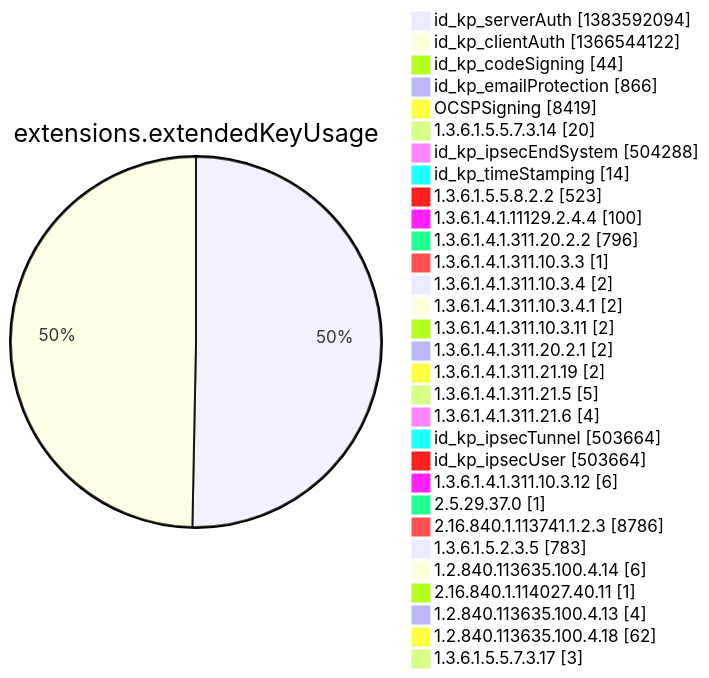
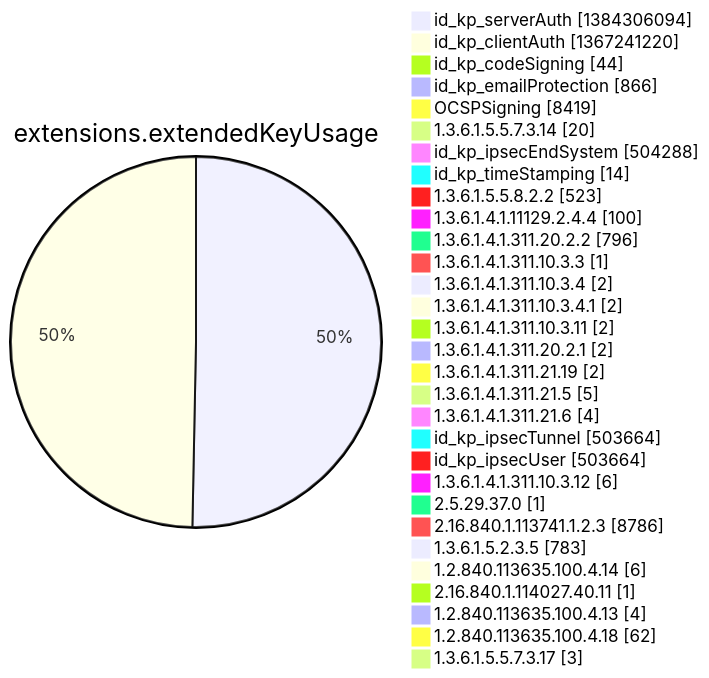
One commit to christiankrug/ctmonitor_visualization changed diagram 12 of 15 in argon2022/README.md. Above: the diagram before and after it, drawn with Mermaid. The commit also changed other lines of this file, not shown here.

````diff
--- a/argon2022/README.md
+++ b/argon2022/README.md
@@ -3554,34 +3554,34 @@
 ```mermaid
 pie showData
 title extensions.extendedKeyUsage
-"id_kp_serverAuth" :1383592094
-"id_kp_clientAuth" :1366544122
+"id_kp_serverAuth" :1384306094
+"id_kp_clientAuth" :1367241220
 "id_kp_codeSigning" :44
 "id_kp_emailProtection" :866
 "OCSPSigning" :8419
 "1.3.6.1.5.5.7.3.14" :20
 "id_kp_ipsecEndSystem" :504288
 "id_kp_timeStamping" :14
 "1.3.6.1.5.5.8.2.2" :523
 "1.3.6.1.4.1.11129.2.4.4" :100
 "1.3.6.1.4.1.311.20.2.2" :796
 "1.3.6.1.4.1.311.10.3.3" :1
 "1.3.6.1.4.1.311.10.3.4" :2
 "1.3.6.1.4.1.311.10.3.4.1" :2
 "1.3.6.1.4.1.311.10.3.11" :2
 "1.3.6.1.4.1.311.20.2.1" :2
 "1.3.6.1.4.1.311.21.19" :2
 "1.3.6.1.4.1.311.21.5" :5
 "1.3.6.1.4.1.311.21.6" :4
 "id_kp_ipsecTunnel" :503664
 "id_kp_ipsecUser" :503664
 "1.3.6.1.4.1.311.10.3.12" :6
 "2.5.29.37.0" :1
 "2.16.840.1.113741.1.2.3" :8786
 "1.3.6.1.5.2.3.5" :783
 "1.2.840.113635.100.4.14" :6
 "2.16.840.1.114027.40.11" :1
 "1.2.840.113635.100.4.13" :4
 "1.2.840.113635.100.4.18" :62
 "1.3.6.1.5.5.7.3.17" :3
 ```
````
